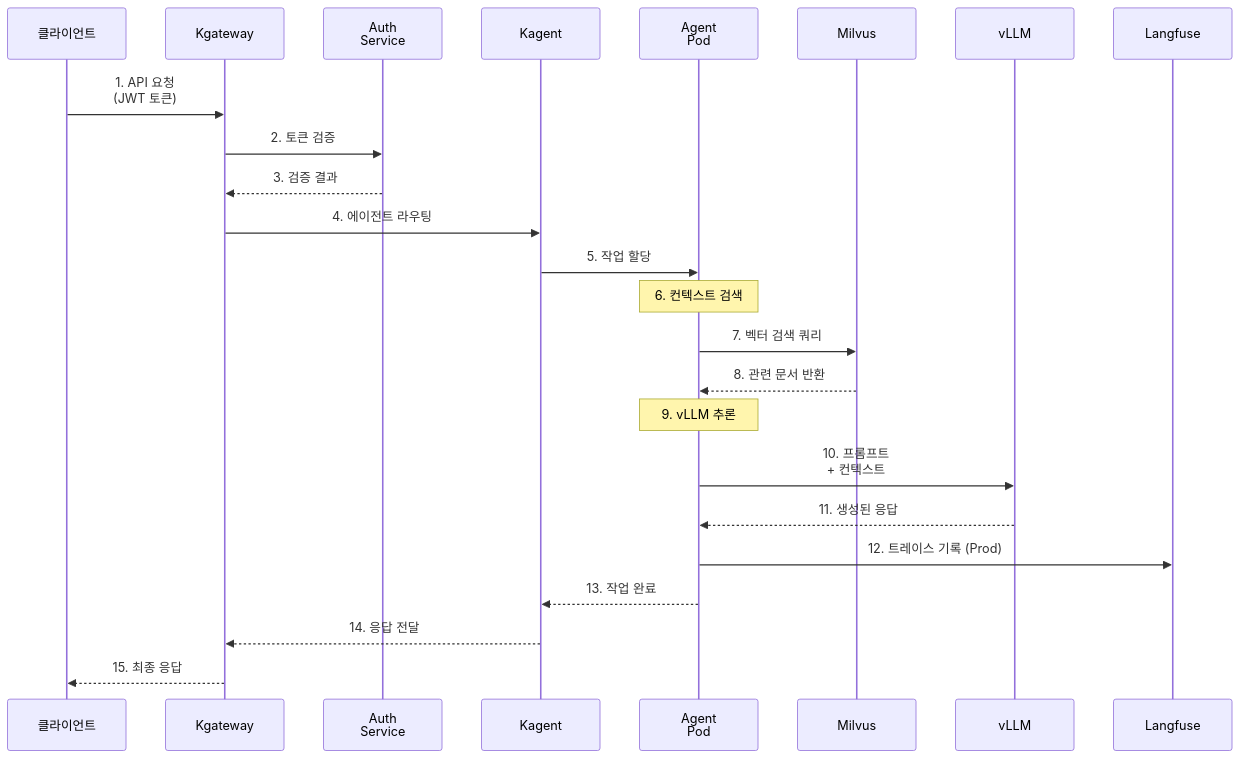
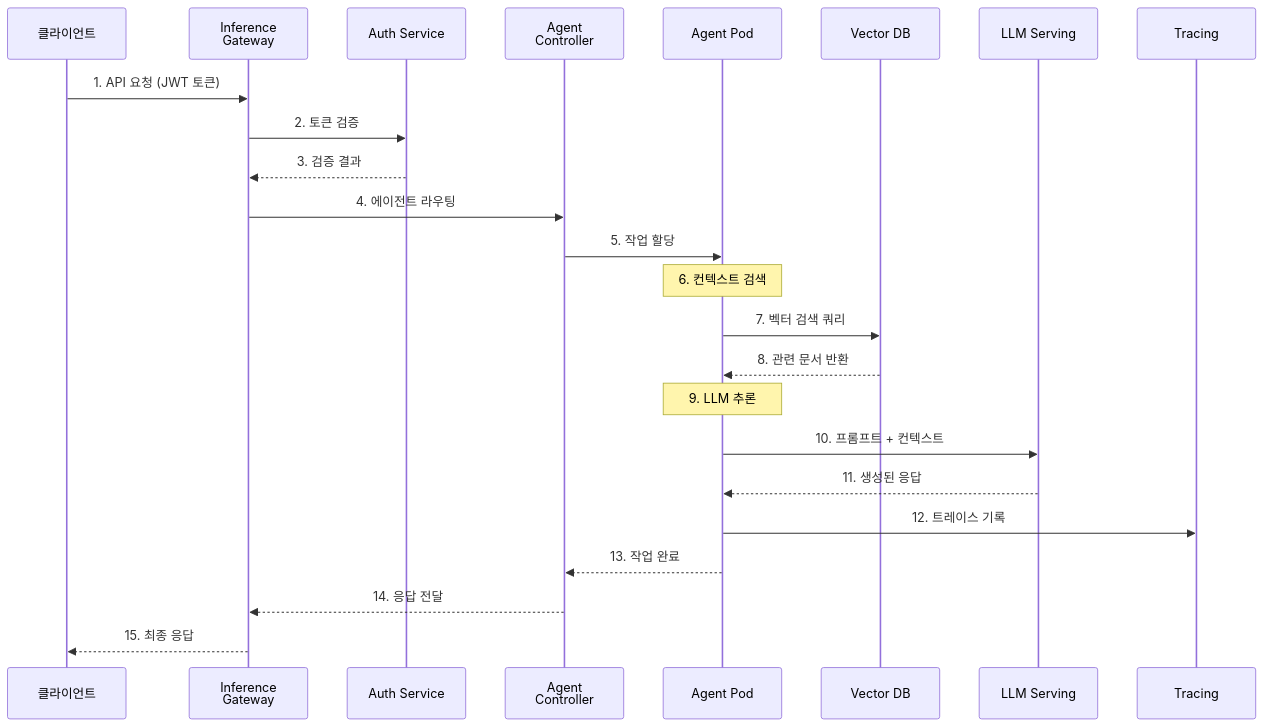
One commit to devfloor9/engineering-playbook changed the ninth of 9 diagrams in docs/agentic-ai-platform/design-architecture/agentic-platform-architecture.md. Above: the diagram before and after it, drawn with Mermaid. The commit also changed other lines of this file and 6 other files, not shown here.

First line of the commit message:
refactor: design-architecture 문서 흐름 재구성 + 콘텐츠 재배치

````diff
--- a/docs/agentic-ai-platform/design-architecture/agentic-platform-architecture.md
+++ b/docs/agentic-ai-platform/design-architecture/agentic-platform-architecture.md
@@ -981,30 +476,30 @@
 ```mermaid
 sequenceDiagram
     participant Client as 클라이언트
-    participant Gateway as Kgateway
-    participant Auth as Auth<br/>Service
-    participant Kagent as Kagent
-    participant Agent as Agent<br/>Pod
-    participant Milvus as Milvus
-    participant LLM as vLLM
-    participant Langfuse as Langfuse
+    participant Gateway as Inference<br/>Gateway
+    participant Auth as Auth Service
+    participant Controller as Agent<br/>Controller
+    participant Agent as Agent Pod
+    participant VectorDB as Vector DB
+    participant LLM as LLM Serving
+    participant Trace as Tracing
 
-    Client->>Gateway: 1. API 요청<br/>(JWT 토큰)
+    Client->>Gateway: 1. API 요청 (JWT 토큰)
     Gateway->>Auth: 2. 토큰 검증
     Auth-->>Gateway: 3. 검증 결과
-    Gateway->>Kagent: 4. 에이전트 라우팅
-    Kagent->>Agent: 5. 작업 할당
+    Gateway->>Controller: 4. 에이전트 라우팅
+    Controller->>Agent: 5. 작업 할당
 
     Note over Agent: 6. 컨텍스트 검색
-    Agent->>Milvus: 7. 벡터 검색 쿼리
-    Milvus-->>Agent: 8. 관련 문서 반환
+    Agent->>VectorDB: 7. 벡터 검색 쿼리
+    VectorDB-->>Agent: 8. 관련 문서 반환
 
-    Note over Agent: 9. vLLM 추론
-    Agent->>LLM: 10. 프롬프트<br/>+ 컨텍스트
+    Note over Agent: 9. LLM 추론
+    Agent->>LLM: 10. 프롬프트 + 컨텍스트
     LLM-->>Agent: 11. 생성된 응답
 
-    Agent->>Langfuse: 12. 트레이스 기록 (Prod)
-    Agent-->>Kagent: 13. 작업 완료
-    Kagent-->>Gateway: 14. 응답 전달
+    Agent->>Trace: 12. 트레이스 기록
+    Agent-->>Controller: 13. 작업 완료
+    Controller-->>Gateway: 14. 응답 전달
     Gateway-->>Client: 15. 최종 응답
 ```
````
